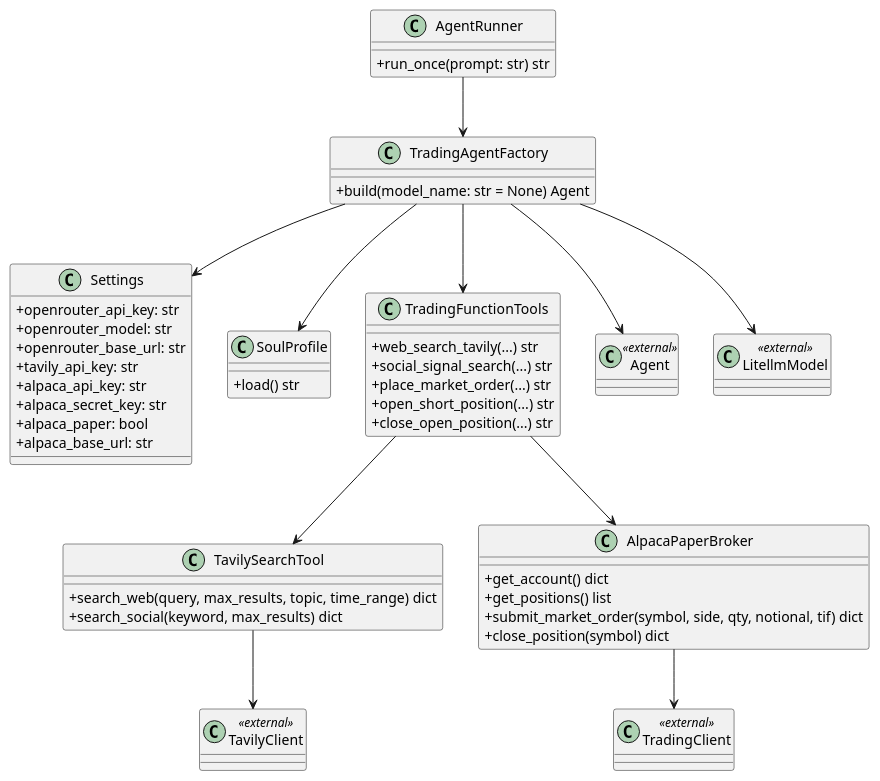
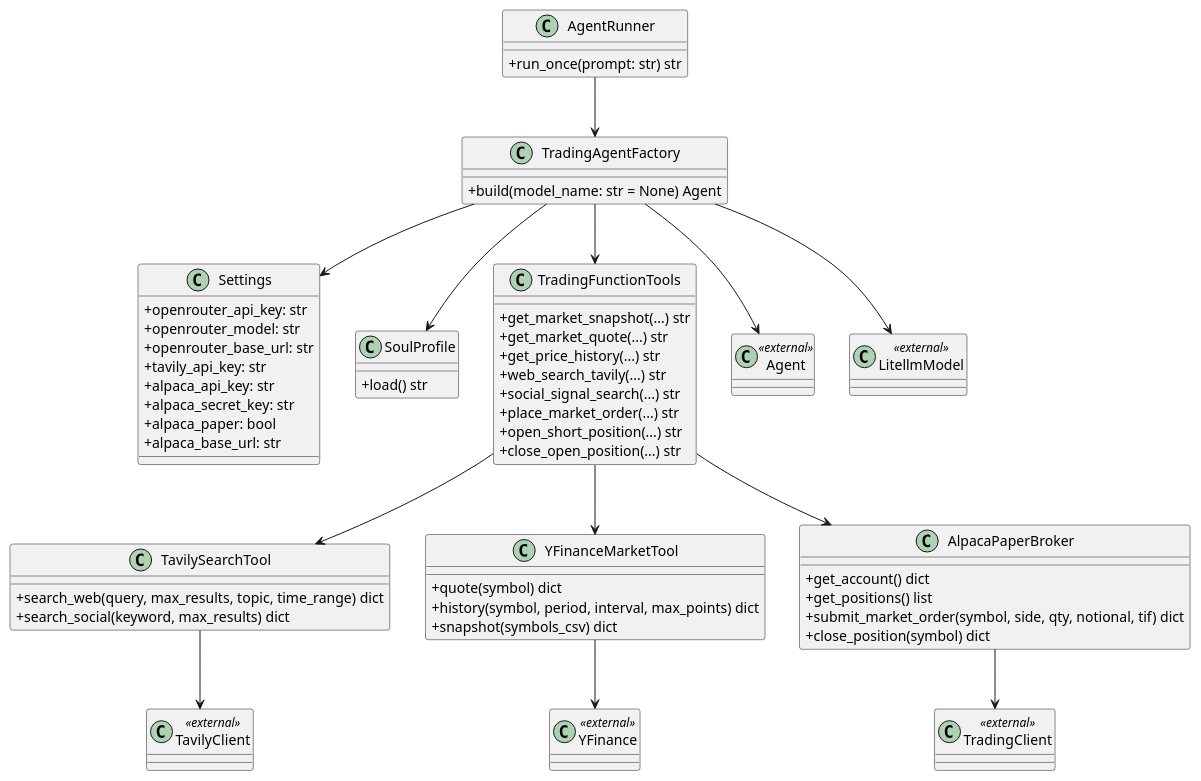
The diagram in docs/diagrams/trading_agent_class_diagram.puml (LalaOulala/Trading-Agent), drawn with PlantUML before and after one commit. The commit also changed 12 other files, not shown here.

Commit message:
Plan market snapshot and YFinance

```diff
--- a/docs/diagrams/trading_agent_class_diagram.puml
+++ b/docs/diagrams/trading_agent_class_diagram.puml
@@ -1,64 +1,76 @@
 @startuml
 skinparam classAttributeIconSize 0
 
 class Settings {
   +openrouter_api_key: str
   +openrouter_model: str
   +openrouter_base_url: str
   +tavily_api_key: str
   +alpaca_api_key: str
   +alpaca_secret_key: str
   +alpaca_paper: bool
   +alpaca_base_url: str
 }
 
 class SoulProfile {
   +load() str
 }
 
 class TradingAgentFactory {
   +build(model_name: str = None) Agent
 }
 
 class AgentRunner {
   +run_once(prompt: str) str
 }
 
 class TavilySearchTool {
   +search_web(query, max_results, topic, time_range) dict
   +search_social(keyword, max_results) dict
 }
 
+class YFinanceMarketTool {
+  +quote(symbol) dict
+  +history(symbol, period, interval, max_points) dict
+  +snapshot(symbols_csv) dict
+}
+
 class AlpacaPaperBroker {
   +get_account() dict
   +get_positions() list
   +submit_market_order(symbol, side, qty, notional, tif) dict
   +close_position(symbol) dict
 }
 
 class TradingFunctionTools {
+  +get_market_snapshot(...) str
+  +get_market_quote(...) str
+  +get_price_history(...) str
   +web_search_tavily(...) str
   +social_signal_search(...) str
   +place_market_order(...) str
   +open_short_position(...) str
   +close_open_position(...) str
 }
 
 class Agent <<external>>
 class LitellmModel <<external>>
 class TavilyClient <<external>>
+class YFinance <<external>>
 class TradingClient <<external>>
 
 TradingAgentFactory --> Settings
 TradingAgentFactory --> SoulProfile
 TradingAgentFactory --> LitellmModel
 TradingAgentFactory --> TradingFunctionTools
 TradingAgentFactory --> Agent
 
 AgentRunner --> TradingAgentFactory
 TradingFunctionTools --> TavilySearchTool
+TradingFunctionTools --> YFinanceMarketTool
 TradingFunctionTools --> AlpacaPaperBroker
 TavilySearchTool --> TavilyClient
+YFinanceMarketTool --> YFinance
 AlpacaPaperBroker --> TradingClient
 
 @enduml
```
